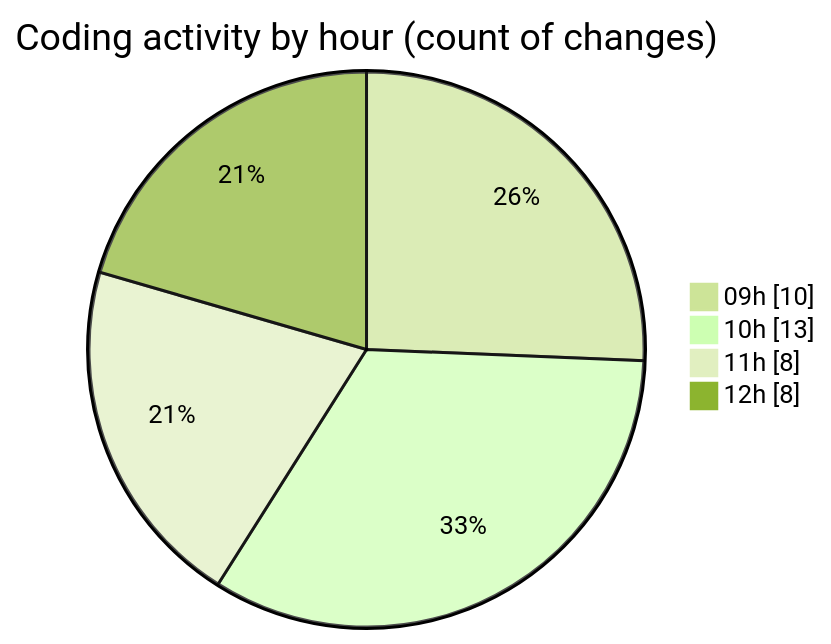
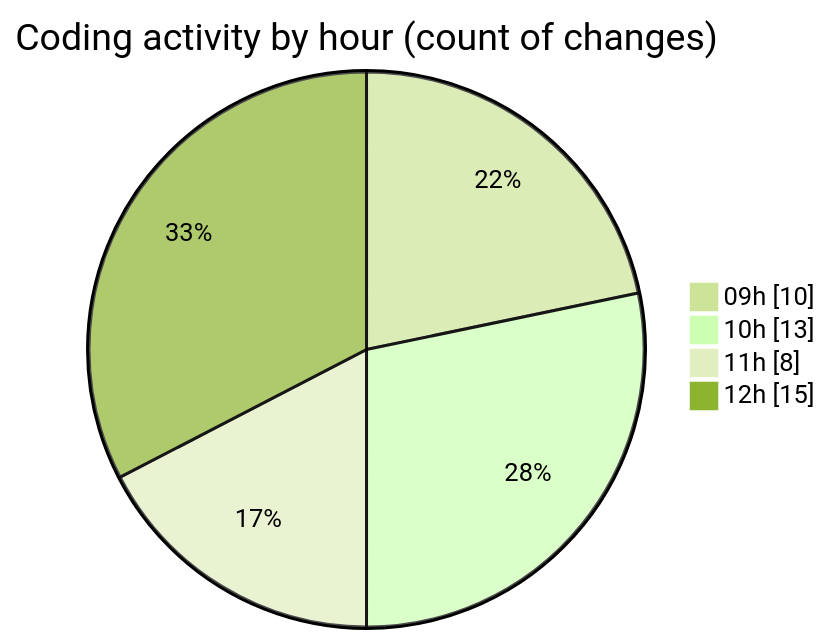
One commit to momahboobian/code-tracking changed the second of 2 diagrams in 2025-03-07/cda/README.md. Above: the diagram before and after it, drawn with Mermaid (forest theme). The commit also changed other lines of this file and 1 other file, not shown here.

````diff
--- a/2025-03-07/cda/README.md
+++ b/2025-03-07/cda/README.md
@@ -40,8 +40,8 @@
 ```mermaid
 pie showData
 title Coding activity by hour (count of changes)
 "09h" : 10
 "10h" : 13
 "11h" : 8
-"12h" : 8
+"12h" : 15
 ```
````
